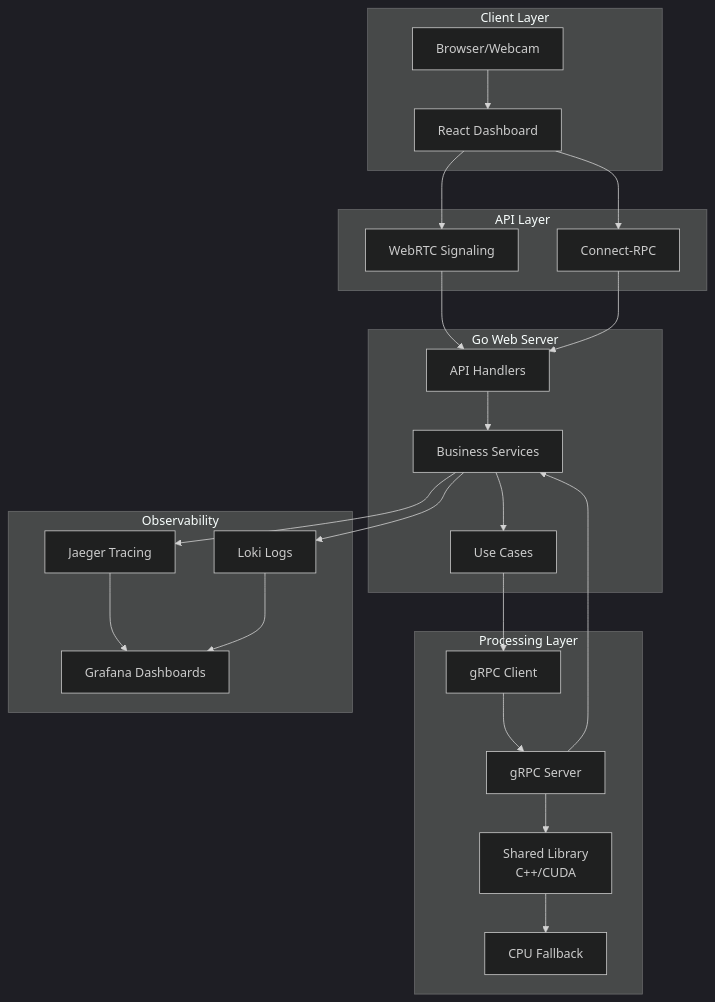
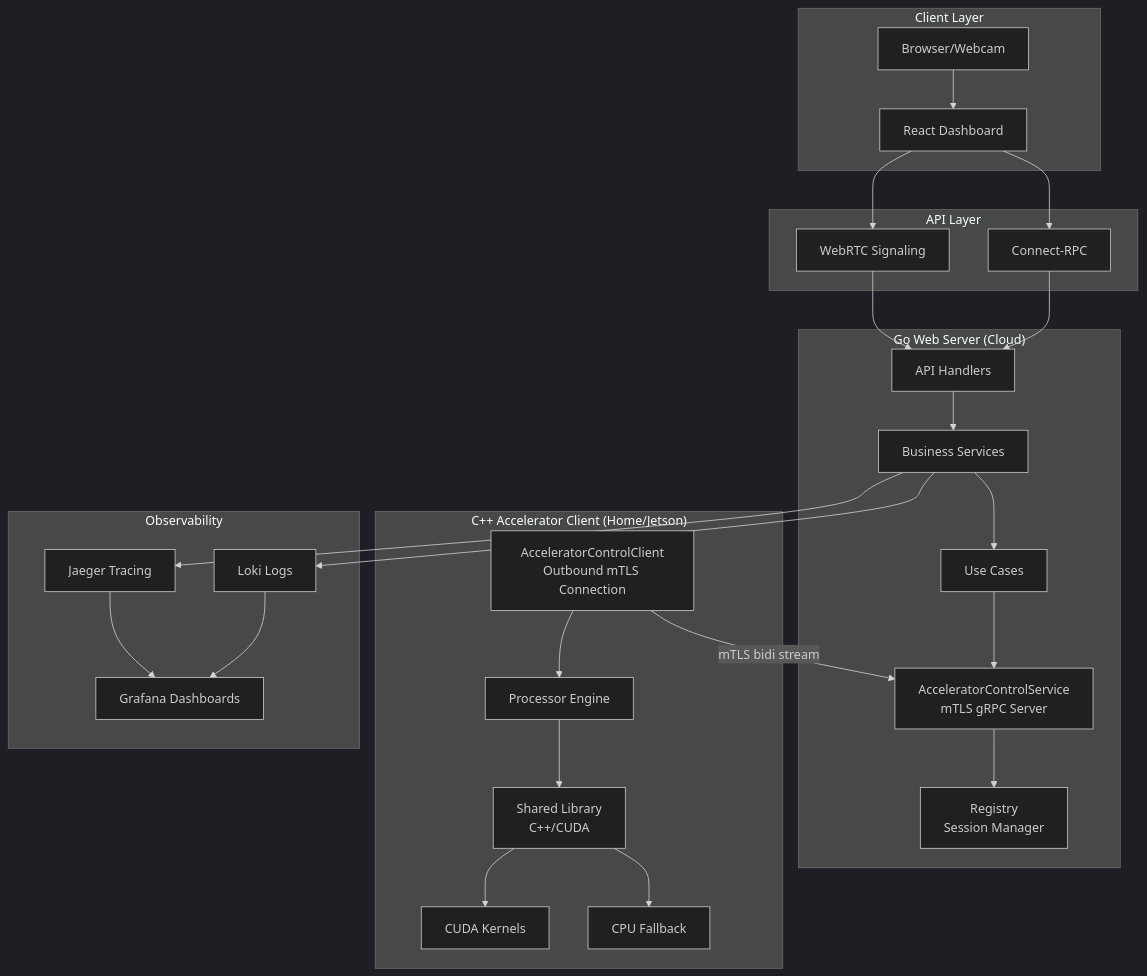
Before and after one commit to josnelihurt/learning-cuda: the first of 2 diagrams in README.md, drawn with Mermaid (dark theme). The commit also changed other lines of this file and 2 other files, not shown here.

Commit message:
docs: documentation update for the new communication schema

````diff
--- a/README.md
+++ b/README.md
@@ -49,48 +49,55 @@
 ```mermaid
 graph TB
     subgraph "Client Layer"
         Browser[Browser/Webcam]
         UI[React Dashboard]
     end
     
     subgraph "API Layer"
         WebRTCSignaling[WebRTC Signaling]
         ConnectRPC[Connect-RPC]
     end
     
-    subgraph "Go Web Server"
+    subgraph "Go Web Server (Cloud)"
         API[API Handlers]
         Services[Business Services]
         UseCases[Use Cases]
+        ControlServer[AcceleratorControlService<br/>mTLS gRPC Server]
+        Registry[Registry<br/>Session Manager]
     end
     
-    subgraph "Processing Layer"
-        GRPCClient[gRPC Client]
-        GRPCServer[gRPC Server]
+    subgraph "C++ Accelerator Client (Home/Jetson)"
+        AccelClient[AcceleratorControlClient<br/>Outbound mTLS Connection]
         SharedLib[Shared Library<br/>C++/CUDA]
-        CPU[CPU Fallback]
+        ProcessorEngine[Processor Engine]
+        CudaKernels[CUDA Kernels]
+        CpuFallback[CPU Fallback]
     end
     
     subgraph "Observability"
         Jaeger[Jaeger Tracing]
         Grafana[Grafana Dashboards]
         Loki[Loki Logs]
     end
     
     Browser --> UI
     UI --> WebRTCSignaling
     UI --> ConnectRPC
     WebRTCSignaling --> API
     ConnectRPC --> API
     API --> Services
     Services --> UseCases
-    UseCases --> GRPCClient
-    GRPCClient --> GRPCServer
-    GRPCServer --> SharedLib
-    SharedLib --> CPU
-    GRPCServer --> Services
+    UseCases --> ControlServer
+    ControlServer --> Registry
+    
+    AccelClient -->|mTLS bidi stream| ControlServer
+    AccelClient --> ProcessorEngine
+    ProcessorEngine --> SharedLib
+    SharedLib --> CudaKernels
+    SharedLib --> CpuFallback
+    
     Services --> Jaeger
     Services --> Loki
     Jaeger --> Grafana
     Loki --> Grafana
 ```
````
